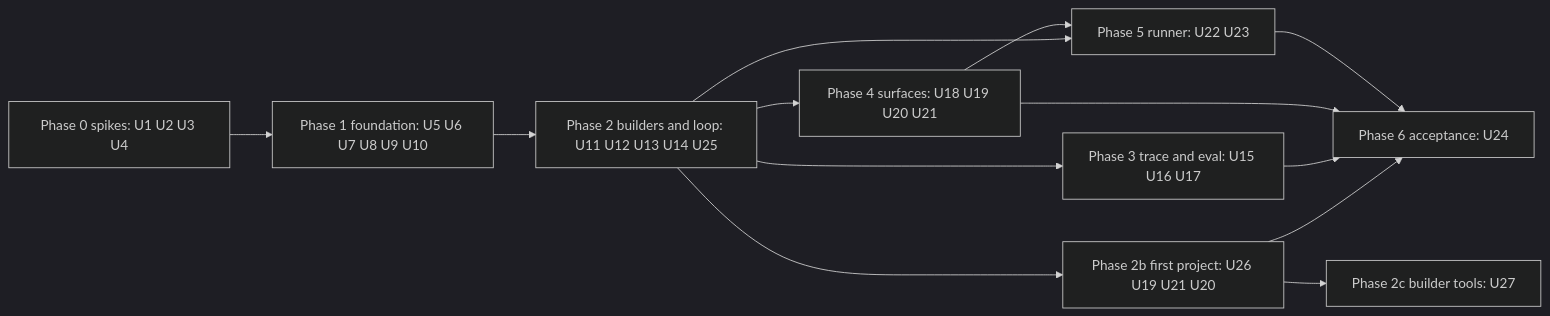
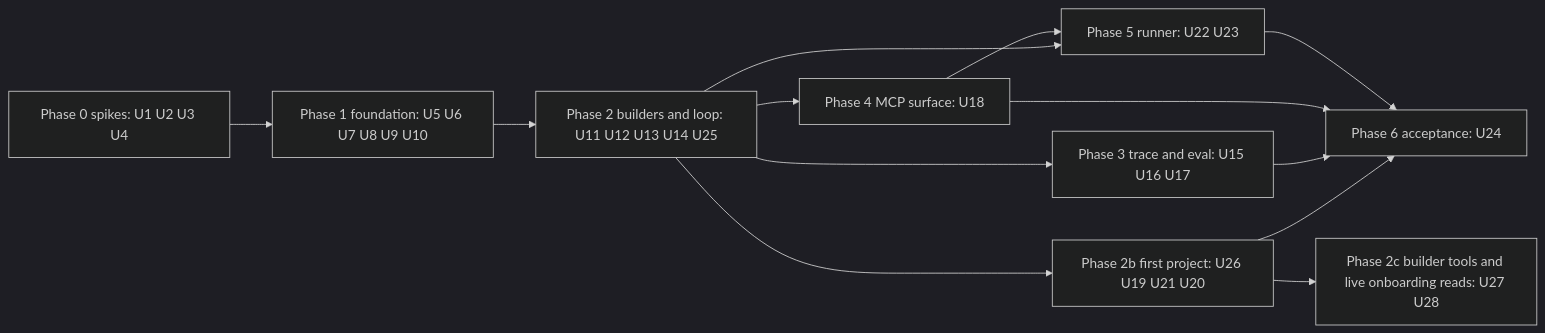
Before and after one commit to philgutowski/Phactory: the sixth of 6 diagrams in docs/plans/2026-10-14-1730-feat-slipway-first-version-plan.md, drawn with Mermaid (dark theme). The commit also changed other lines of this file and 1 other file, not shown here.

First line of the commit message:
Plan U28, the live onboarding reads (#95)

````diff
--- a/docs/plans/2026-10-14-1730-feat-slipway-first-version-plan.md
+++ b/docs/plans/2026-10-14-1730-feat-slipway-first-version-plan.md
@@ -604,15 +606,15 @@
 ```mermaid
 flowchart LR
   P0[Phase 0 spikes: U1 U2 U3 U4] --> P1[Phase 1 foundation: U5 U6 U7 U8 U9 U10]
   P1 --> P2[Phase 2 builders and loop: U11 U12 U13 U14 U25]
   P2 --> P3[Phase 3 trace and eval: U15 U16 U17]
-  P2 --> P4[Phase 4 surfaces: U18 U19 U20 U21]
+  P2 --> P4[Phase 4 MCP surface: U18]
   P2 --> P5[Phase 5 runner: U22 U23]
   P4 --> P5
   P2 --> P7[Phase 2b first project: U26 U19 U21 U20]
-  P7 --> P8[Phase 2c builder tools: U27]
+  P7 --> P8[Phase 2c builder tools and live onboarding reads: U27 U28]
   P7 --> P6
   P3 --> P6[Phase 6 acceptance: U24]
   P4 --> P6
   P5 --> P6
 ```
````
